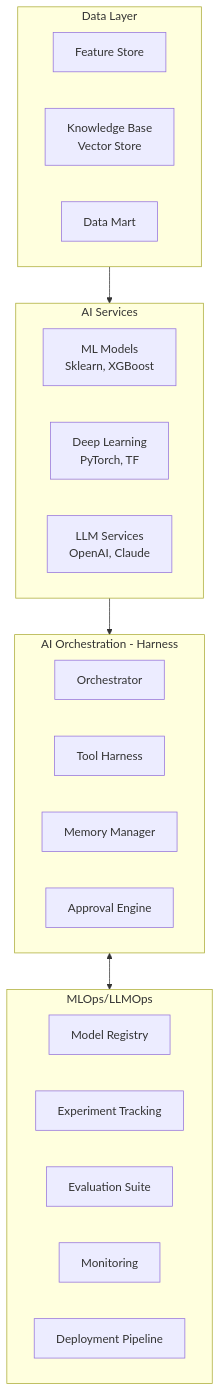
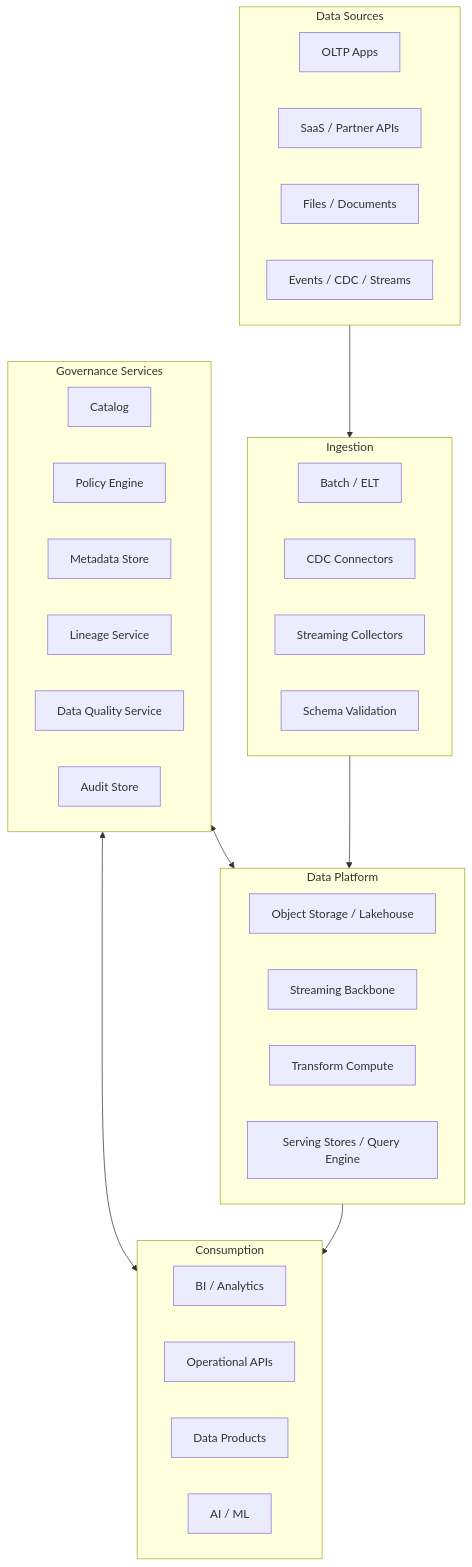
One commit to vitconhamchoi/Data-governance changed the fifth of 7 diagrams in README.md. Above: the diagram before and after it, drawn with Mermaid. The commit also changed other lines of this file, not shown here.

First line of the commit message:
Rewrite README as standalone governance overview

````diff
--- a/README.md
+++ b/README.md
@@ -307,33 +300,45 @@
 ```mermaid
 flowchart TB
-    subgraph DataLayer[Data Layer]
-        FL[Feature Store]
-        KB[Knowledge Base<br/>Vector Store]
-        DM[Data Mart]
-    end
+  subgraph Sources[Data Sources]
+    S1[OLTP Apps]
+    S2[SaaS / Partner APIs]
+    S3[Files / Documents]
+    S4[Events / CDC / Streams]
+  end
 
-    subgraph AIServices[AI Services]
-        ML[ML Models<br/>Sklearn, XGBoost]
-        DL[Deep Learning<br/>PyTorch, TF]
-        LLM[LLM Services<br/>OpenAI, Claude]
-    end
+  subgraph Ingest[Ingestion]
+    I1[Batch / ELT]
+    I2[CDC Connectors]
+    I3[Streaming Collectors]
+    I4[Schema Validation]
+  end
 
-    subgraph Orchestration[AI Orchestration - Harness]
-        OR[Orchestrator]
-        TH[Tool Harness]
-        MEM[Memory Manager]
-        APP[Approval Engine]
-    end
+  subgraph Platform[Data Platform]
+    P1[Object Storage / Lakehouse]
+    P2[Streaming Backbone]
+    P3[Transform Compute]
+    P4[Serving Stores / Query Engine]
+  end
 
-    subgraph Operations[MLOps/LLMOps]
-        REG[Model Registry]
-        EXP[Experiment Tracking]
-        EVAL[Evaluation Suite]
-        MON[Monitoring]
-        DEPLO[Deployment Pipeline]
-    end
+  subgraph Governance[Governance Services]
+    G1[Catalog]
+    G2[Policy Engine]
+    G3[Metadata Store]
+    G4[Lineage Service]
+    G5[Data Quality Service]
+    G6[Audit Store]
+  end
 
-    DataLayer --> AIServices
-    AIServices --> Orchestration
-    Orchestration <--> Operations
+  subgraph Access[Consumption]
+    A1[BI / Analytics]
+    A2[Operational APIs]
+    A3[Data Products]
+    A4[AI / ML]
+  end
+
+  Sources --> Ingest
+  Ingest --> Platform
+  Governance <--> Platform
+  Governance <--> Access
+  Platform --> Access
 ```
````
